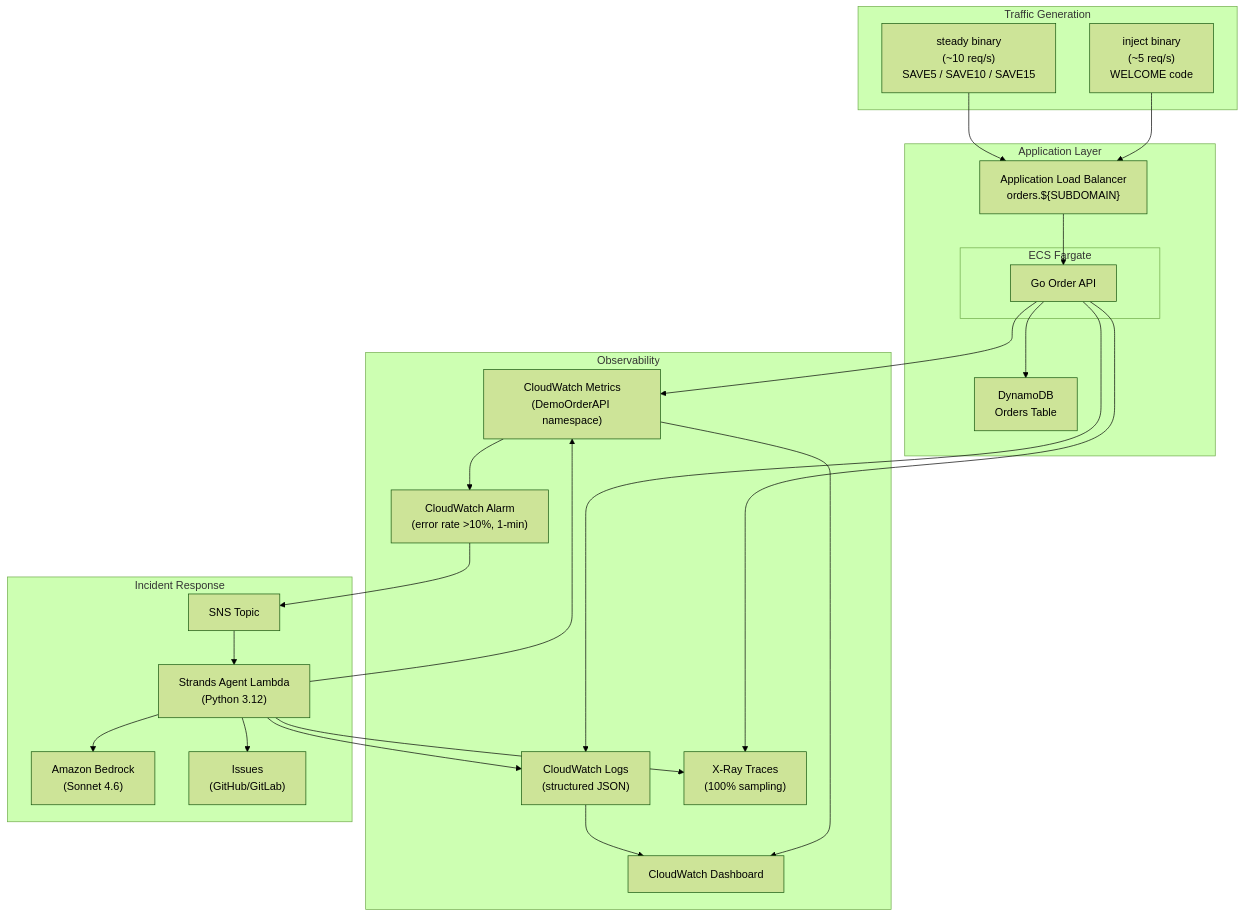
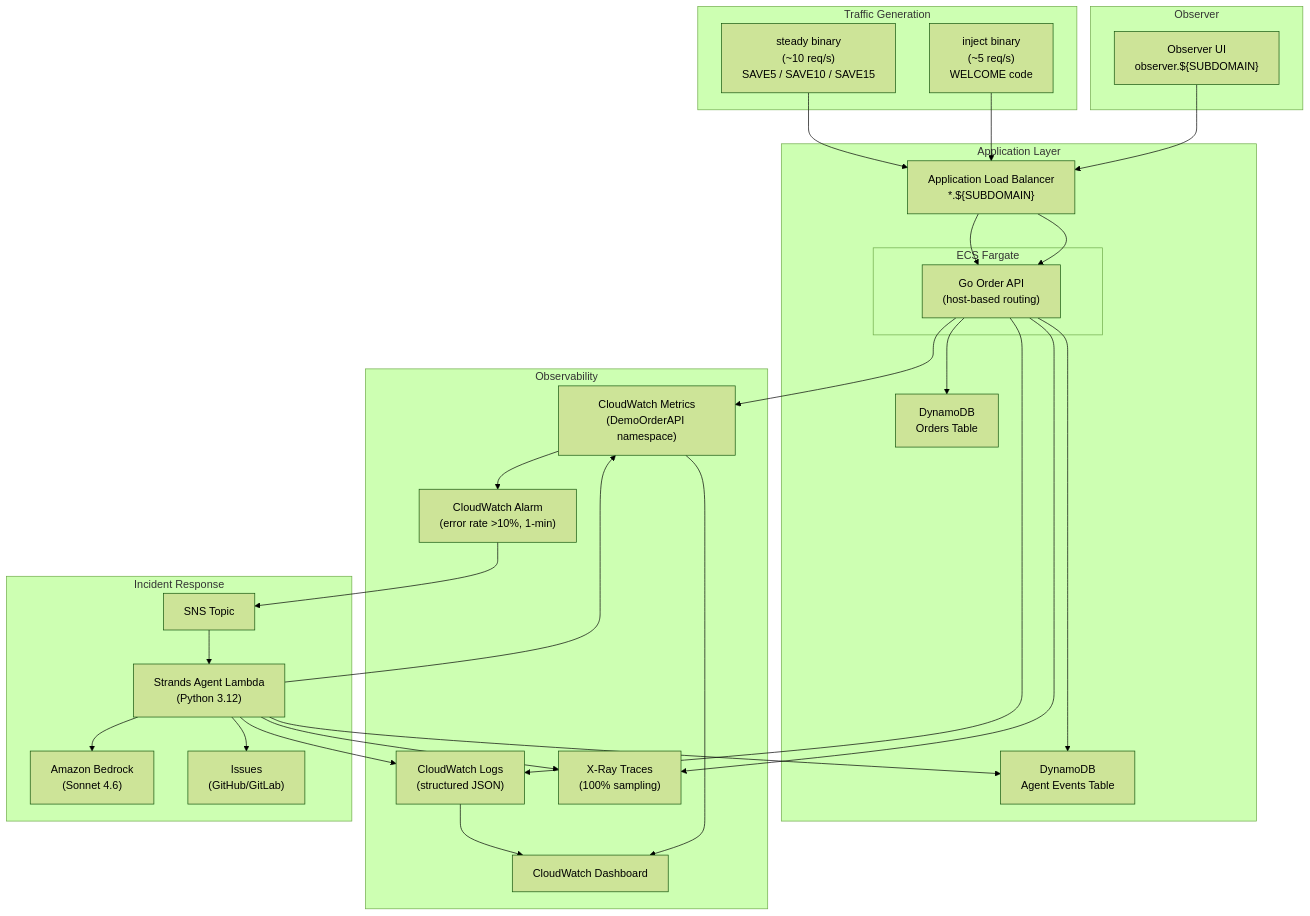
The first of 4 diagrams in docs/architecture.md (jk563/demo-incident-response), drawn with Mermaid (forest theme) before and after one commit. The commit also changed other lines of this file, not shown here.

Commit message:
Add observer subdomain to architecture documentation

````diff
--- a/docs/architecture.md
+++ b/docs/architecture.md
@@ -22,48 +23,57 @@
 ```mermaid
 graph TB
     subgraph "Traffic Generation"
         TG_STEADY["steady binary<br/>(~10 req/s)<br/>SAVE5 / SAVE10 / SAVE15"]
         TG_INJECT["inject binary<br/>(~5 req/s)<br/>WELCOME code"]
     end
 
     subgraph "Application Layer"
-        ALB["Application Load Balancer<br/>orders.${SUBDOMAIN}"]
+        ALB["Application Load Balancer<br/>*.${SUBDOMAIN}"]
         subgraph "ECS Fargate"
-            API["Go Order API"]
+            API["Go Order API<br/>(host-based routing)"]
         end
         DDB["DynamoDB<br/>Orders Table"]
+        EVENTS_DDB["DynamoDB<br/>Agent Events Table"]
+    end
+
+    subgraph "Observer"
+        OBS["Observer UI<br/>observer.${SUBDOMAIN}"]
     end
 
     subgraph "Observability"
         CW_LOGS["CloudWatch Logs<br/>(structured JSON)"]
         CW_METRICS["CloudWatch Metrics<br/>(DemoOrderAPI namespace)"]
         CW_ALARM["CloudWatch Alarm<br/>(error rate >10%, 1-min)"]
         CW_DASH["CloudWatch Dashboard"]
         XRAY["X-Ray Traces<br/>(100% sampling)"]
     end
 
     subgraph "Incident Response"
         SNS["SNS Topic"]
         LAMBDA["Strands Agent Lambda<br/>(Python 3.12)"]
         BEDROCK["Amazon Bedrock<br/>(Sonnet 4.6)"]
         GH["Issues<br/>(GitHub/GitLab)"]
     end
 
     TG_STEADY --> ALB
     TG_INJECT --> ALB
     ALB --> API
     API --> DDB
     API --> CW_LOGS
     API --> CW_METRICS
     API --> XRAY
     CW_LOGS --> CW_DASH
     CW_METRICS --> CW_DASH
     CW_METRICS --> CW_ALARM
     CW_ALARM --> SNS
     SNS --> LAMBDA
     LAMBDA --> BEDROCK
     LAMBDA --> CW_LOGS
     LAMBDA --> CW_METRICS
     LAMBDA --> XRAY
     LAMBDA --> GH
+    LAMBDA --> EVENTS_DDB
+    OBS --> ALB
+    ALB --> API
+    API --> EVENTS_DDB
 ```
````
